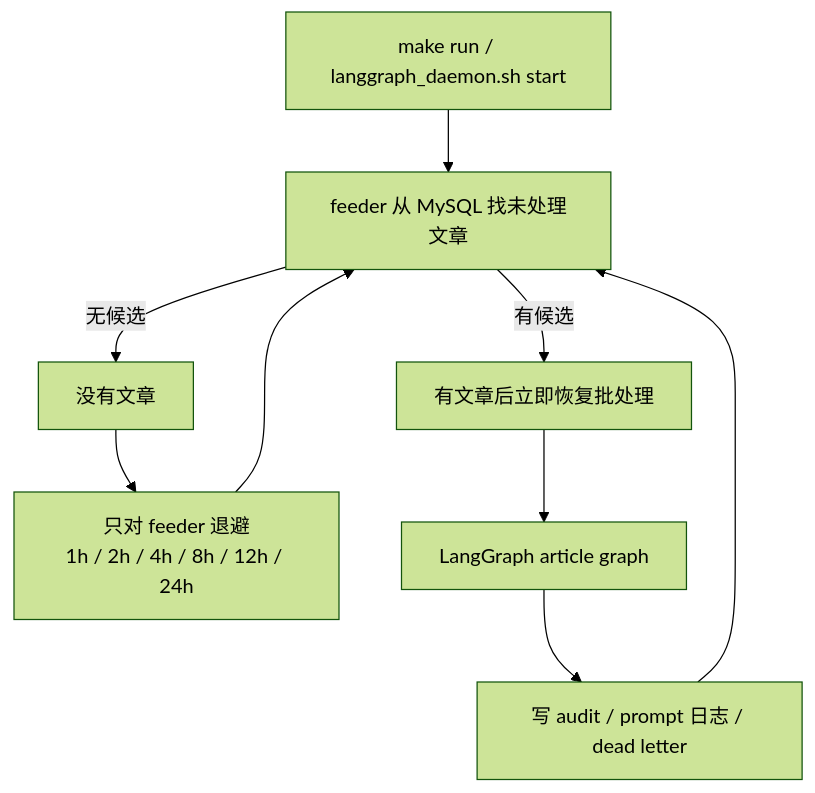
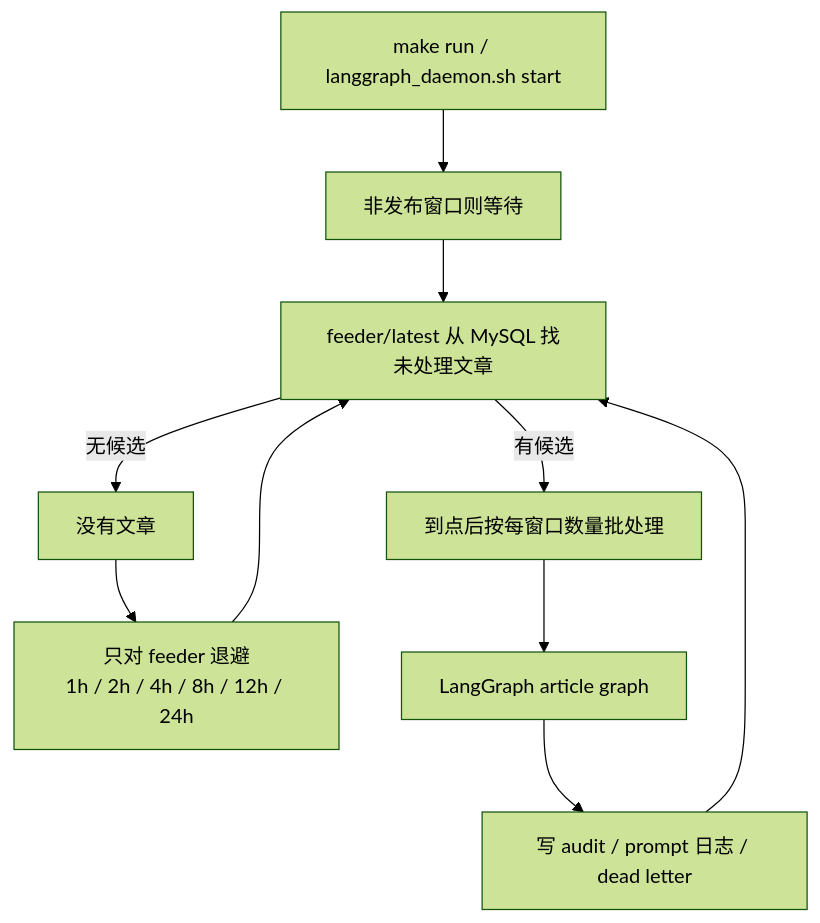
Before and after one commit to flyingsnowzz/Multi-Agent-Automatic-Operation-Website: the diagram in docs/04-定时任务方案.md, drawn with Mermaid (forest theme). The commit also changed other lines of this file and 4 other files, not shown here.

````diff
--- a/docs/04-定时任务方案.md
+++ b/docs/04-定时任务方案.md
@@ -11,14 +11,15 @@
 ```mermaid
 flowchart TD
     START["make run / langgraph_daemon.sh start"]
-    FEED["feeder 从 MySQL 找未处理文章"]
+    WAIT["非发布窗口则等待"]
+    FEED["feeder/latest 从 MySQL 找未处理文章"]
     EMPTY["没有文章"]
     BACKOFF["只对 feeder 退避\n1h / 2h / 4h / 8h / 12h / 24h"]
-    BATCH["有文章后立即恢复批处理"]
+    BATCH["到点后按每窗口数量批处理"]
     GRAPH["LangGraph article graph"]
     AUDIT["写 audit / prompt 日志 / dead letter"]
 
-    START --> FEED
+    START --> WAIT --> FEED
     FEED -->|"无候选"| EMPTY --> BACKOFF --> FEED
     FEED -->|"有候选"| BATCH --> GRAPH --> AUDIT --> FEED
 ```
````
